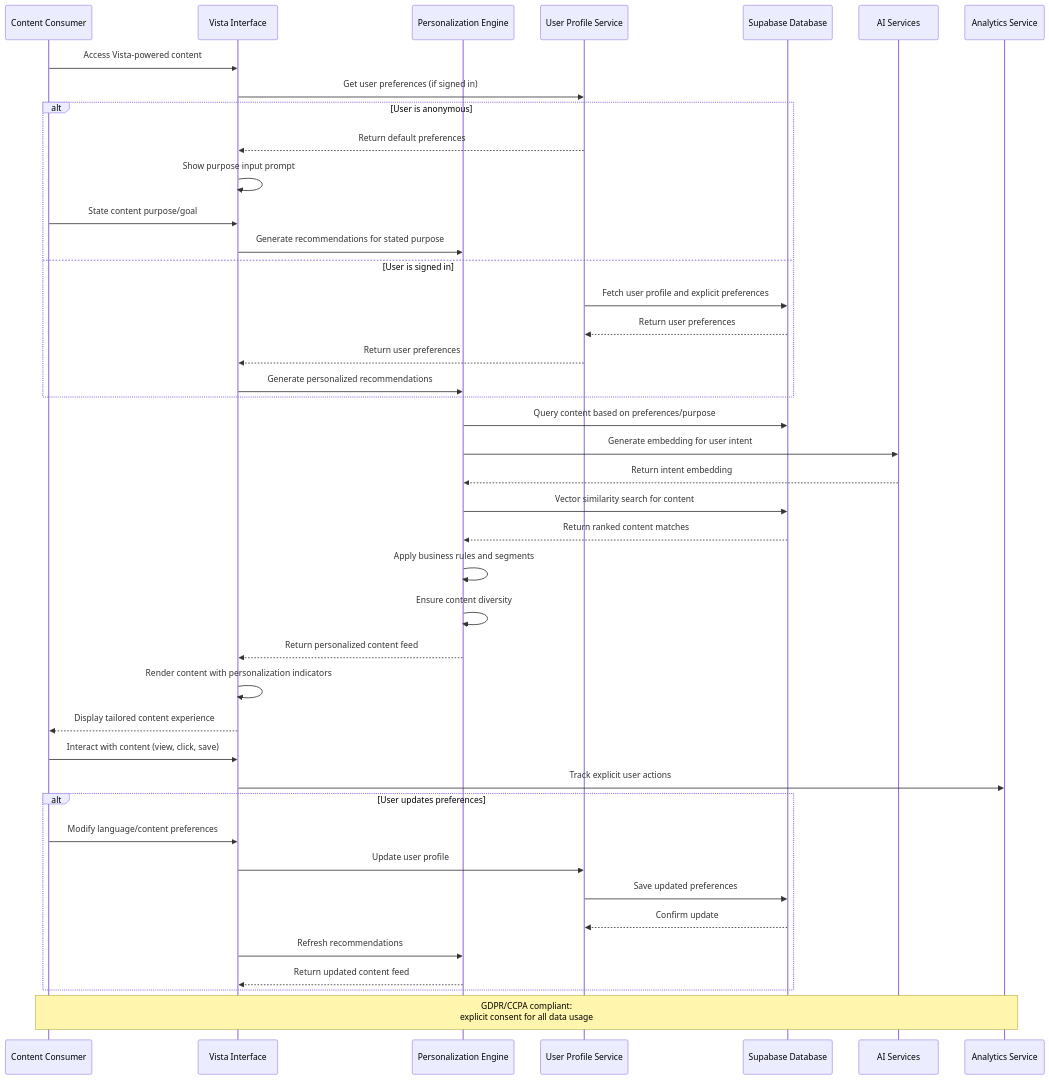
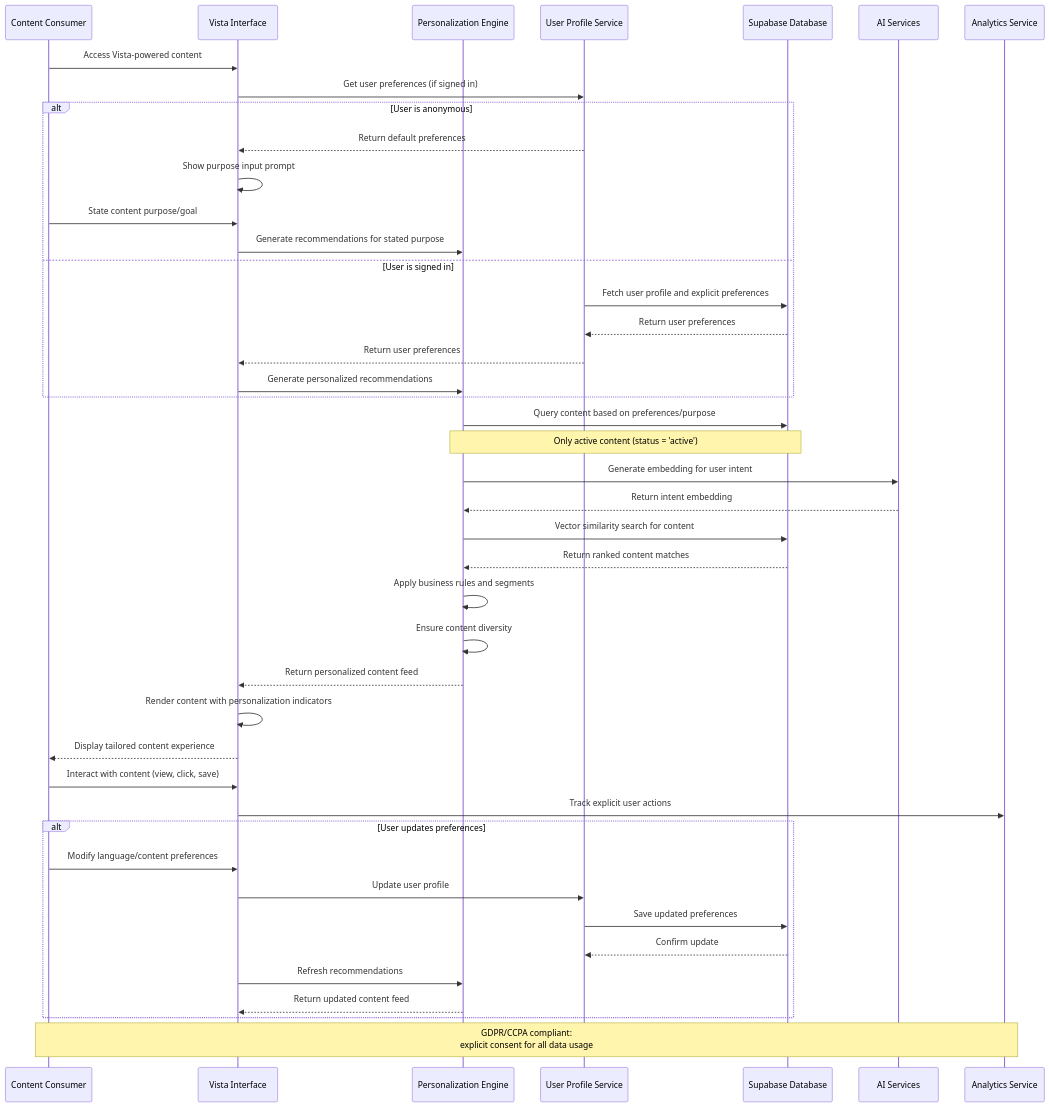
One commit to quinticechen/vista changed the fifth of 8 diagrams in docs/SEQUENCE_DIAGRAMS.md. Above: the diagram before and after it, drawn with Mermaid. The commit also changed other lines of this file and 2 other files, not shown here.

````diff
--- a/docs/SEQUENCE_DIAGRAMS.md
+++ b/docs/SEQUENCE_DIAGRAMS.md
@@ -174,54 +256,55 @@
 ```mermaid
 sequenceDiagram
     participant User as Content Consumer
     participant UI as Vista Interface
     participant PersonalizationEngine as Personalization Engine
     participant ProfileService as User Profile Service
     participant DB as Supabase Database
     participant AI as AI Services
     participant Analytics as Analytics Service
 
     User->>UI: Access Vista-powered content
     UI->>ProfileService: Get user preferences (if signed in)
     
     alt User is anonymous
         ProfileService-->>UI: Return default preferences
         UI->>UI: Show purpose input prompt
         User->>UI: State content purpose/goal
         UI->>PersonalizationEngine: Generate recommendations for stated purpose
     else User is signed in
         ProfileService->>DB: Fetch user profile and explicit preferences
         DB-->>ProfileService: Return user preferences
         ProfileService-->>UI: Return user preferences
         UI->>PersonalizationEngine: Generate personalized recommendations
     end
     
     PersonalizationEngine->>DB: Query content based on preferences/purpose
+    Note over PersonalizationEngine,DB: Only active content (status = 'active')
     PersonalizationEngine->>AI: Generate embedding for user intent
     AI-->>PersonalizationEngine: Return intent embedding
     
     PersonalizationEngine->>DB: Vector similarity search for content
     DB-->>PersonalizationEngine: Return ranked content matches
     
     PersonalizationEngine->>PersonalizationEngine: Apply business rules and segments
     PersonalizationEngine->>PersonalizationEngine: Ensure content diversity
     
     PersonalizationEngine-->>UI: Return personalized content feed
     
     UI->>UI: Render content with personalization indicators
     UI-->>User: Display tailored content experience
     
     User->>UI: Interact with content (view, click, save)
     UI->>Analytics: Track explicit user actions
     
     alt User updates preferences
         User->>UI: Modify language/content preferences
         UI->>ProfileService: Update user profile
         ProfileService->>DB: Save updated preferences
         DB-->>ProfileService: Confirm update
         UI->>PersonalizationEngine: Refresh recommendations
         PersonalizationEngine-->>UI: Return updated content feed
     end
     
     Note over User,Analytics: GDPR/CCPA compliant:<br/>explicit consent for all data usage
 ```
````
